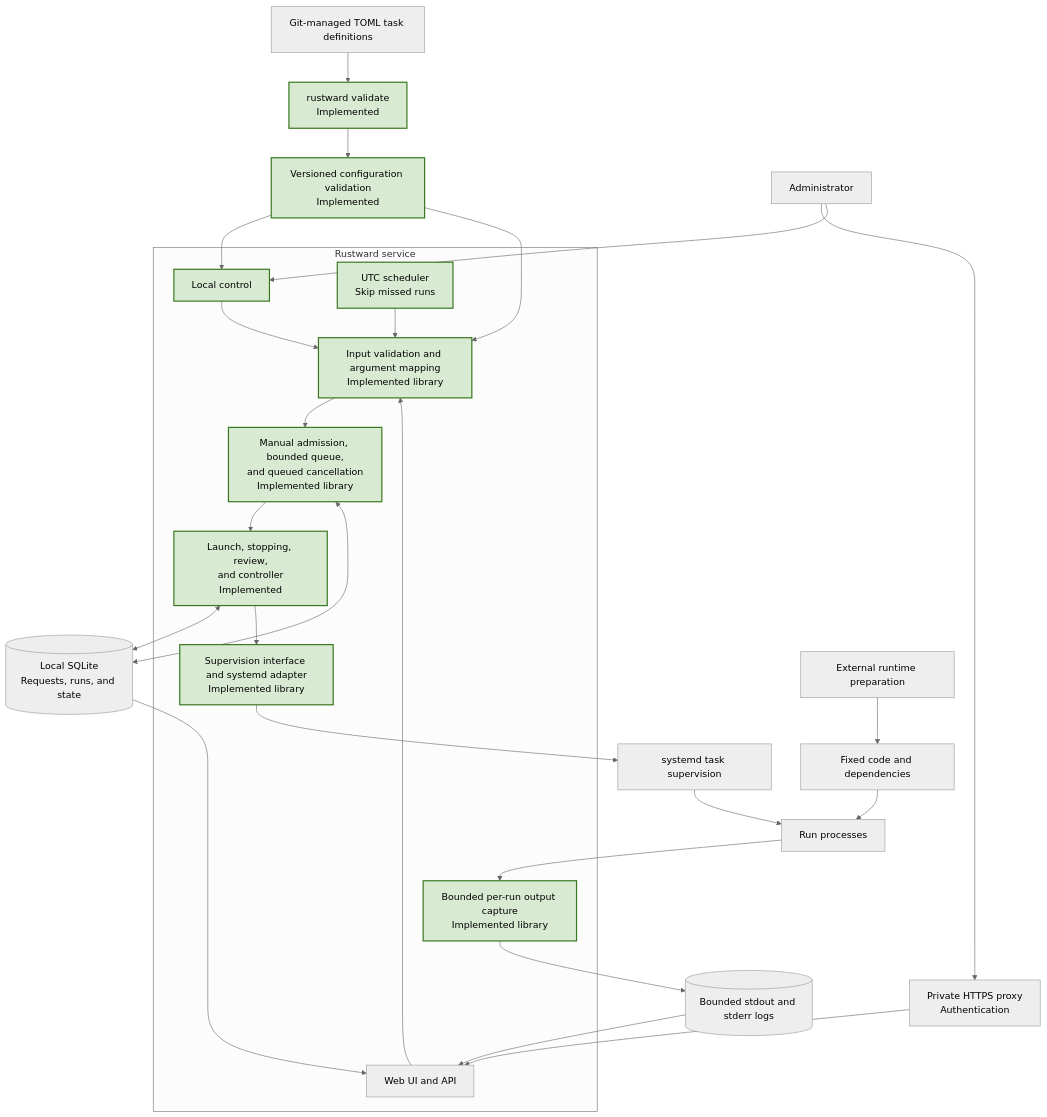
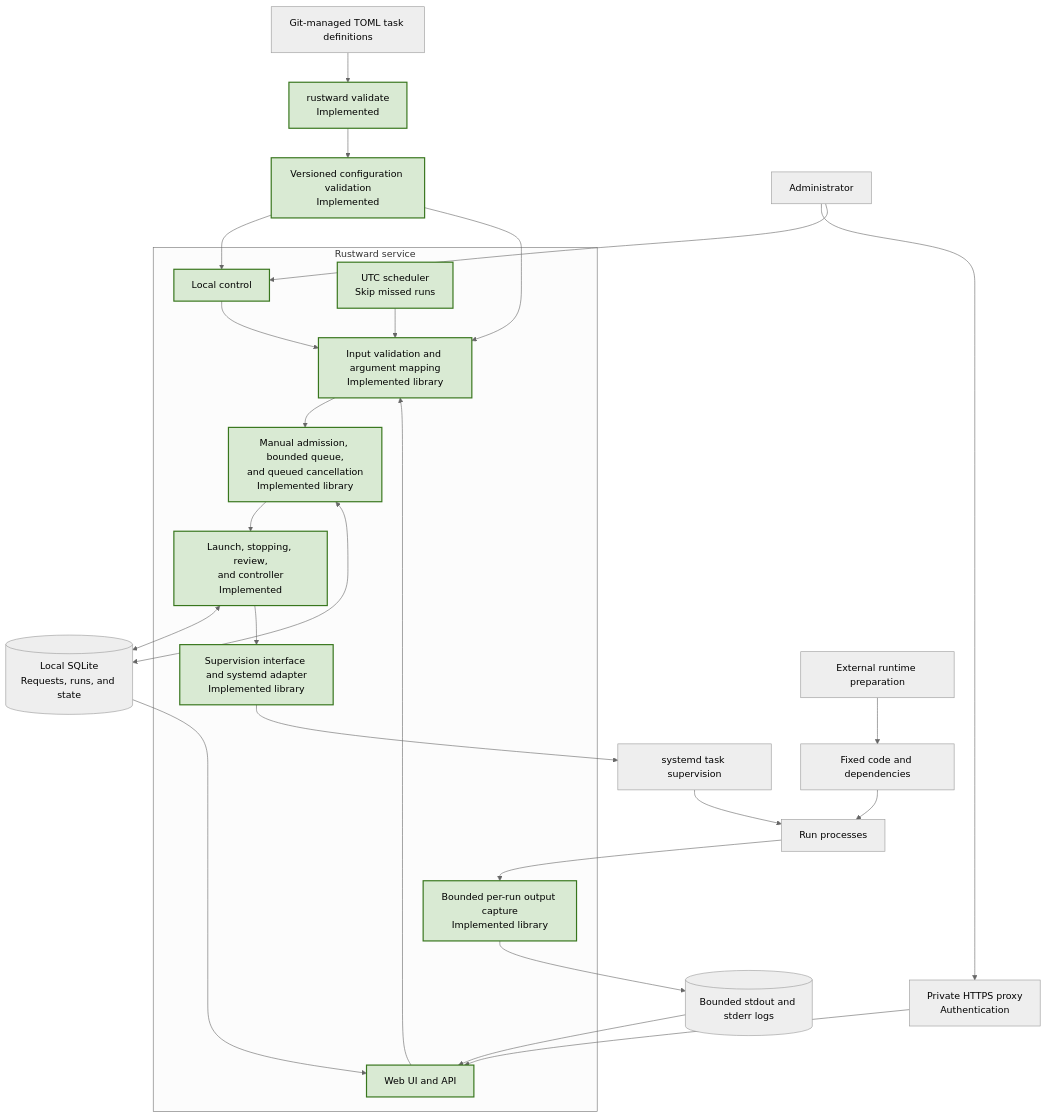
The diagram in docs/ARCHITECTURE.md (chrizpower/rustward), drawn with Mermaid (neutral theme) before and after one commit. The commit also changed other lines of this file and 35 other files, not shown here.

````diff
--- a/docs/ARCHITECTURE.md
+++ b/docs/ARCHITECTURE.md
@@ -11,49 +11,49 @@
 ```mermaid
 flowchart TB
     Git["Git-managed TOML task definitions"]
     CLI["rustward validate<br/>Implemented"]
     Config["Versioned configuration validation<br/>Implemented"]
 
     Admin["Administrator"]
     Proxy["Private HTTPS proxy<br/>Authentication"]
 
     subgraph Service["Rustward service"]
         Control["Local control"]
         UI["Web UI and API"]
         Cron["UTC scheduler<br/>Skip missed runs"]
         Inputs["Input validation and argument mapping<br/>Implemented library"]
         Queue["Manual admission, bounded queue,<br/>and queued cancellation<br/>Implemented library"]
         Dispatch["Launch, stopping, review,<br/>and controller<br/>Implemented"]
         Adapter["Supervision interface and systemd adapter<br/>Implemented library"]
         Capture["Bounded per-run output capture<br/>Implemented library"]
     end
 
     DB[("Local SQLite<br/>Requests, runs, and state")]
     Prepare["External runtime preparation"]
     Runtime["Fixed code and dependencies"]
     Systemd["systemd task supervision"]
     Task["Run processes"]
     Logs[("Bounded stdout and stderr logs")]
 
     Git --> CLI --> Config
     Config --> Control
     Config --> Inputs
 
     Admin --> Proxy --> UI
     Admin --> Control --> Inputs
     UI --> Inputs
     Cron --> Inputs
     Inputs --> Queue --> Dispatch
     Queue <--> DB
     Dispatch <--> DB
 
     Prepare --> Runtime
     Dispatch --> Adapter --> Systemd --> Task
     Runtime --> Task
     Task --> Capture --> Logs
     Logs --> UI
     DB --> UI
 
     classDef implemented fill:#d9ead3,stroke:#38761d,stroke-width:2px
-    class CLI,Config,Control,Cron,Inputs,Queue,Dispatch,Adapter,Capture implemented
+    class CLI,Config,Control,UI,Cron,Inputs,Queue,Dispatch,Adapter,Capture implemented
 ```
````
